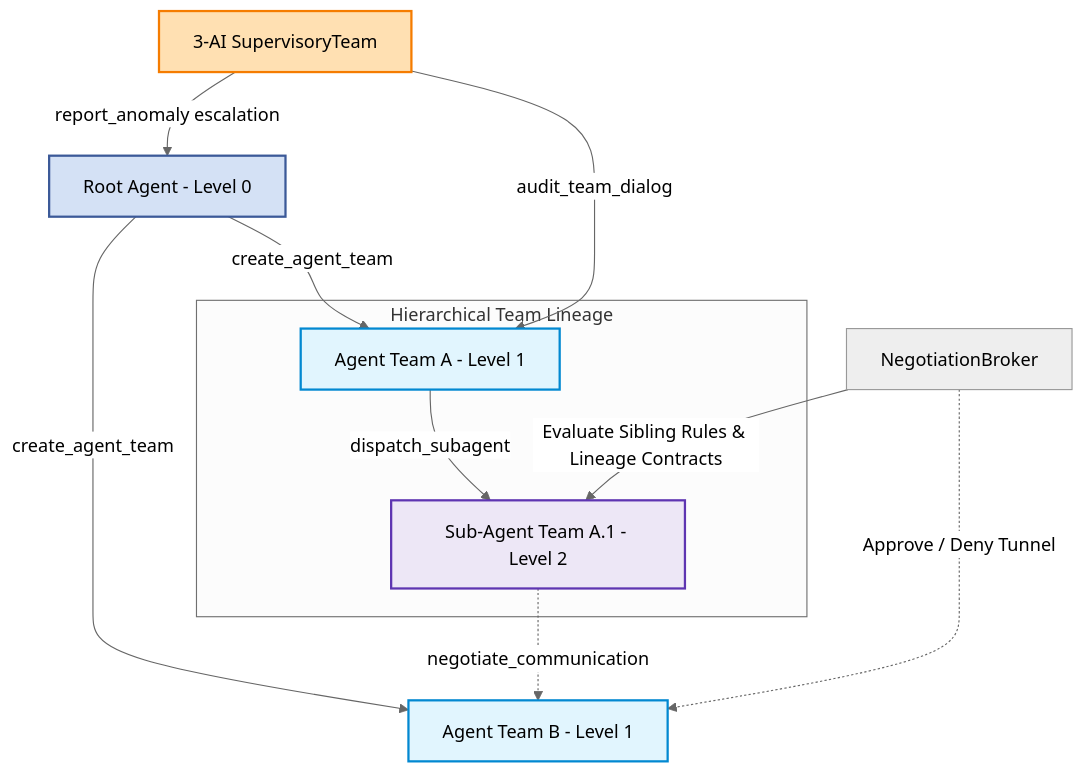
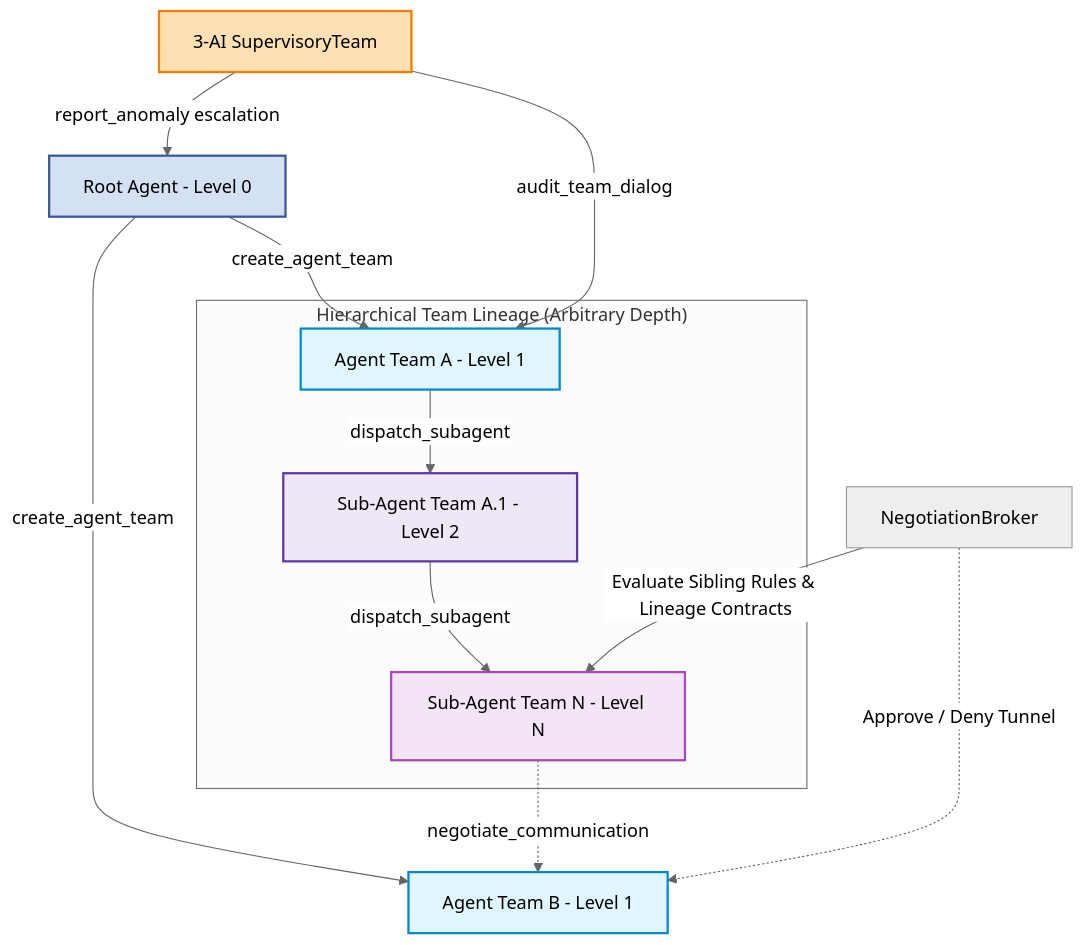
The diagram in README.md (AI-Team-Team/AI-Team-Team), drawn with Mermaid (neutral theme) before and after one commit.

Commit message:
docs: update ./README.md with arbitrary-depth system architecture diagram

````diff
--- a/README.md
+++ b/README.md
@@ -53,26 +53,28 @@
 ```mermaid
 graph TD
     %% Lineage Spawning
     Root[Root Agent - Level 0] -->|create_agent_team| TeamA[Agent Team A - Level 1]
     Root -->|create_agent_team| TeamB[Agent Team B - Level 1]
     
-    subgraph Lineage [Hierarchical Team Lineage]
+    subgraph Lineage ["Hierarchical Team Lineage (Arbitrary Depth)"]
         TeamA -->|dispatch_subagent| SubTeamA1[Sub-Agent Team A.1 - Level 2]
+        SubTeamA1 -->|dispatch_subagent| SubTeamN[Sub-Agent Team N - Level N]
     end
 
     %% Communication Permission Gating
-    SubTeamA1 -.->|negotiate_communication| TeamB
-    Broker[NegotiationBroker] -->|Evaluate Sibling Rules & Lineage Contracts| SubTeamA1
+    SubTeamN -.->|negotiate_communication| TeamB
+    Broker[NegotiationBroker] -->|Evaluate Sibling Rules & Lineage Contracts| SubTeamN
     Broker -.->|Approve / Deny Tunnel| TeamB
 
     %% Supervisory Audits & Escalation
     Supervisor[3-AI SupervisoryTeam] -->|audit_team_dialog| TeamA
     Supervisor -->|report_anomaly escalation| Root
     
     %% Styles
     style Root fill:#d4e1f5,stroke:#3b5998,stroke-width:2px;
     style TeamA fill:#e1f5fe,stroke:#0288d1,stroke-width:2px;
     style TeamB fill:#e1f5fe,stroke:#0288d1,stroke-width:2px;
     style SubTeamA1 fill:#ede7f6,stroke:#5e35b1,stroke-width:2px;
+    style SubTeamN fill:#f3e5f5,stroke:#ab47bc,stroke-width:2px;
     style Supervisor fill:#ffe0b2,stroke:#f57c00,stroke-width:2px;
 ```
````
